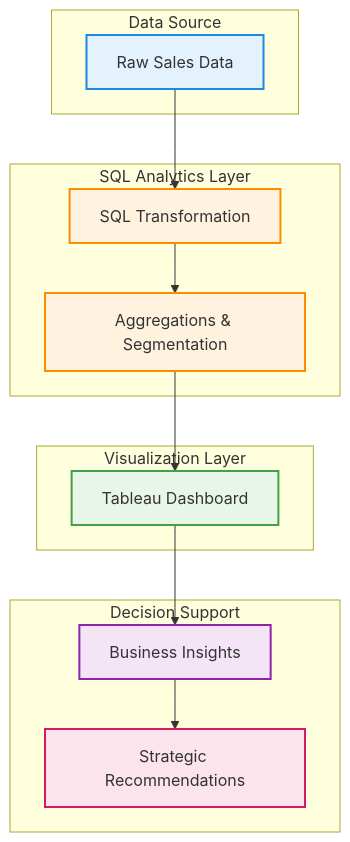
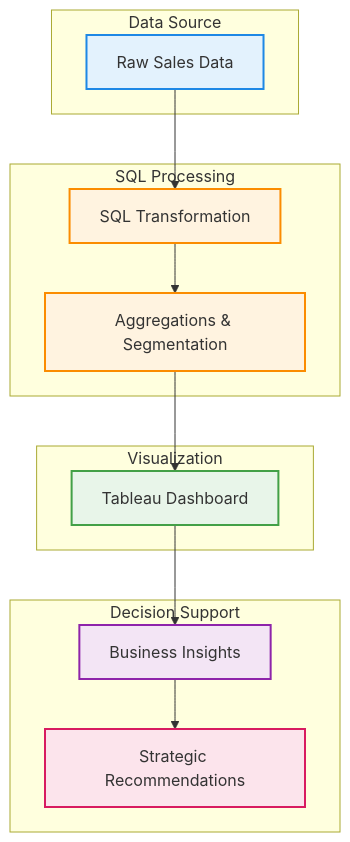
Before and after one commit to ductin2197/Global_Retail_Sales_2011_Analysis: the diagram in README.md, drawn with Mermaid.

Commit message:
README.md

````diff
--- a/README.md
+++ b/README.md
@@ -49,34 +49,34 @@
 ```mermaid
 flowchart TD
     subgraph Data_Source [Data Source]
         A[Raw Sales Data]
     end
 
-    subgraph Data_Processing [SQL Analytics Layer]
+    subgraph Data_Processing [SQL Processing]
         B[SQL Transformation]
         C[Aggregations & Segmentation]
     end
 
-    subgraph Visualization [Visualization Layer]
+    subgraph Visualization [Visualization]
         D[Tableau Dashboard]
     end
 
     subgraph Decision [Decision Support]
         E[Business Insights]
         F[Strategic Recommendations]
     end
 
     A --> B
     B --> C
     C --> D
     D --> E
     E --> F
 
     style A fill:#E3F2FD,stroke:#1E88E5,stroke-width:2px
     style B fill:#FFF3E0,stroke:#FB8C00,stroke-width:2px
     style C fill:#FFF3E0,stroke:#FB8C00,stroke-width:2px
     style D fill:#E8F5E9,stroke:#43A047,stroke-width:2px
     style E fill:#F3E5F5,stroke:#8E24AA,stroke-width:2px
     style F fill:#FCE4EC,stroke:#D81B60,stroke-width:2px
 
 ```
````
